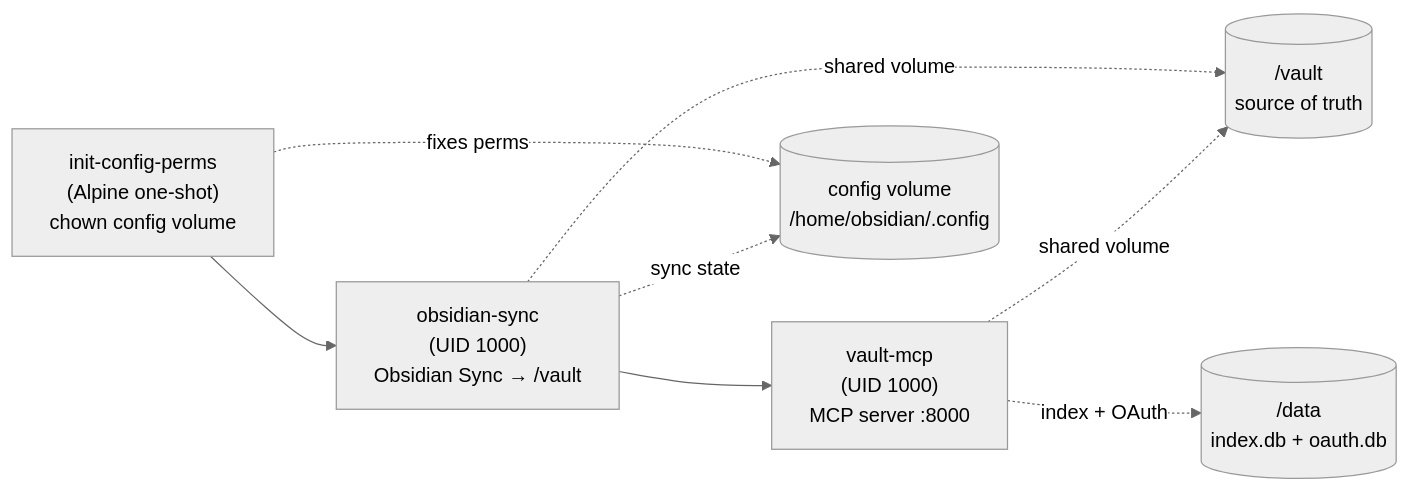
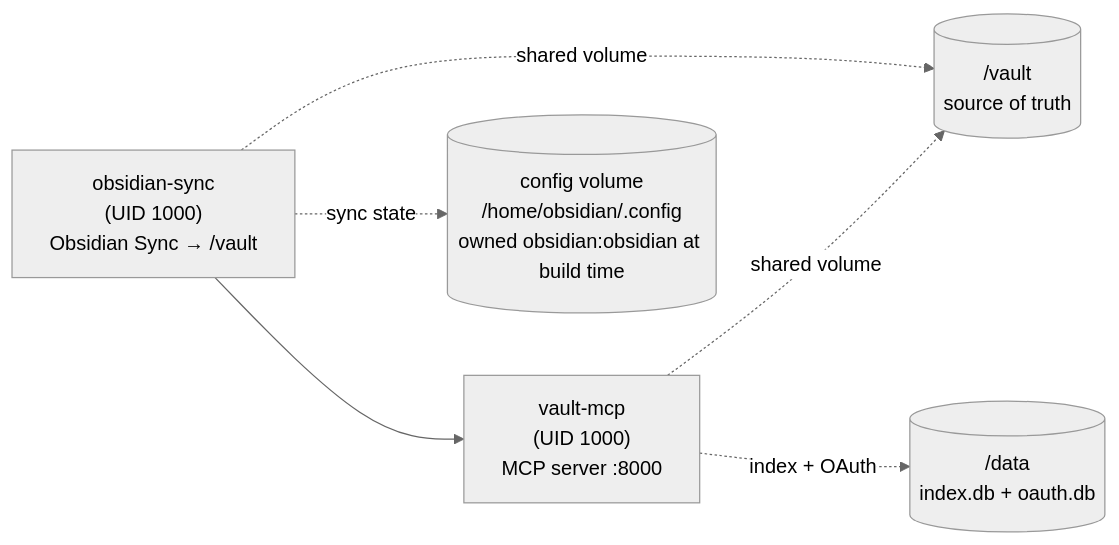
Before and after one commit to aliasunder/vault-cortex: the third of 3 diagrams in ARCHITECTURE.md, drawn with Mermaid (neutral theme). The commit also changed other lines of this file and 14 other files, not shown here.

Commit message:
feat: switch obsidian-sync to the forked image, drop init-config-perms (#127)

````diff
--- a/ARCHITECTURE.md
+++ b/ARCHITECTURE.md
@@ -155,10 +155,8 @@
 ```mermaid
 graph LR
-    A["init-config-perms<br/>(Alpine one-shot)<br/>chown config volume"] --> B["obsidian-sync<br/>(UID 1000)<br/>Obsidian Sync → /vault"]
-    B --> C["vault-mcp<br/>(UID 1000)<br/>MCP server :8000"]
+    B["obsidian-sync<br/>(UID 1000)<br/>Obsidian Sync → /vault"] --> C["vault-mcp<br/>(UID 1000)<br/>MCP server :8000"]
     B -.->|shared volume| D[("/vault<br/>source of truth")]
     C -.->|shared volume| D
     C -.->|index + OAuth| E[("/data<br/>index.db + oauth.db")]
-    A -.->|fixes perms| F[("config volume<br/>/home/obsidian/.config")]
-    B -.->|sync state| F
+    B -.->|sync state| F[("config volume<br/>/home/obsidian/.config<br/>owned obsidian:obsidian at build time")]
 ```
````
